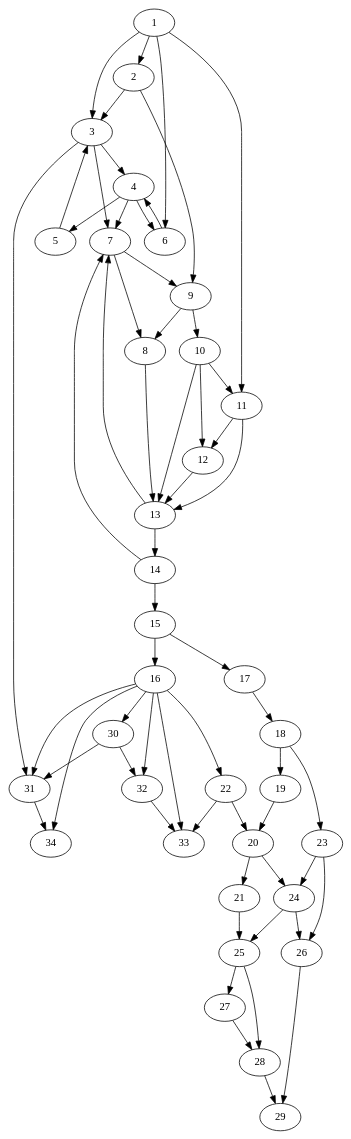
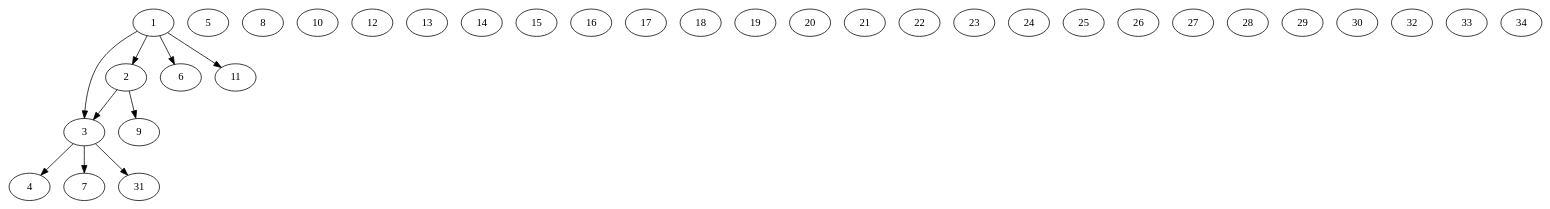
The diagram in L3/graphes/tp2/init.dot (FadedGuy/Universidad), drawn with Graphviz before and after one commit. The commit also changed 1 other file, not shown here.

Commit message:
graphes tp2 raisonnement CR

```diff
--- a/L3/graphes/tp2/init.dot
+++ b/L3/graphes/tp2/init.dot
@@ -1,95 +1,45 @@
 digraph G {
 0[label=1];
 1[label=2];
 2[label=3];
 3[label=4];
 4[label=5];
 5[label=6];
 6[label=7];
 7[label=8];
 8[label=9];
 9[label=10];
 10[label=11];
 11[label=12];
 12[label=13];
 13[label=14];
 14[label=15];
 15[label=16];
 16[label=17];
 17[label=18];
 18[label=19];
 19[label=20];
 20[label=21];
 21[label=22];
 22[label=23];
 23[label=24];
 24[label=25];
 25[label=26];
 26[label=27];
 27[label=28];
 28[label=29];
 29[label=30];
 30[label=31];
 31[label=32];
 32[label=33];
 33[label=34];
 0->1 ;
 0->2 ;
 0->5 ;
 0->10 ;
 1->2 ;
 1->8 ;
 2->3 ;
 2->6 ;
 2->30 ;
-3->4 ;
-3->5 ;
-3->6 ;
-4->2 ;
-5->3 ;
-6->7 ;
-6->8 ;
-7->12 ;
-8->7 ;
-8->9 ;
-9->10 ;
-9->11 ;
-9->12 ;
-10->11 ;
-10->12 ;
-11->12 ;
-12->6 ;
-12->13 ;
-13->6 ;
-13->14 ;
-14->15 ;
-14->16 ;
-15->21 ;
-15->29 ;
-15->30 ;
-15->31 ;
-15->32 ;
-15->33 ;
-16->17 ;
-17->18 ;
-17->22 ;
-18->19 ;
-19->20 ;
-19->23 ;
-20->24 ;
-21->19 ;
-21->32 ;
-22->23 ;
-22->25 ;
-23->24 ;
-23->25 ;
-24->26 ;
-24->27 ;
-25->28 ;
-26->27 ;
-27->28 ;
-29->30 ;
-29->31 ;
-30->33 ;
-31->32 ;
 }
```
